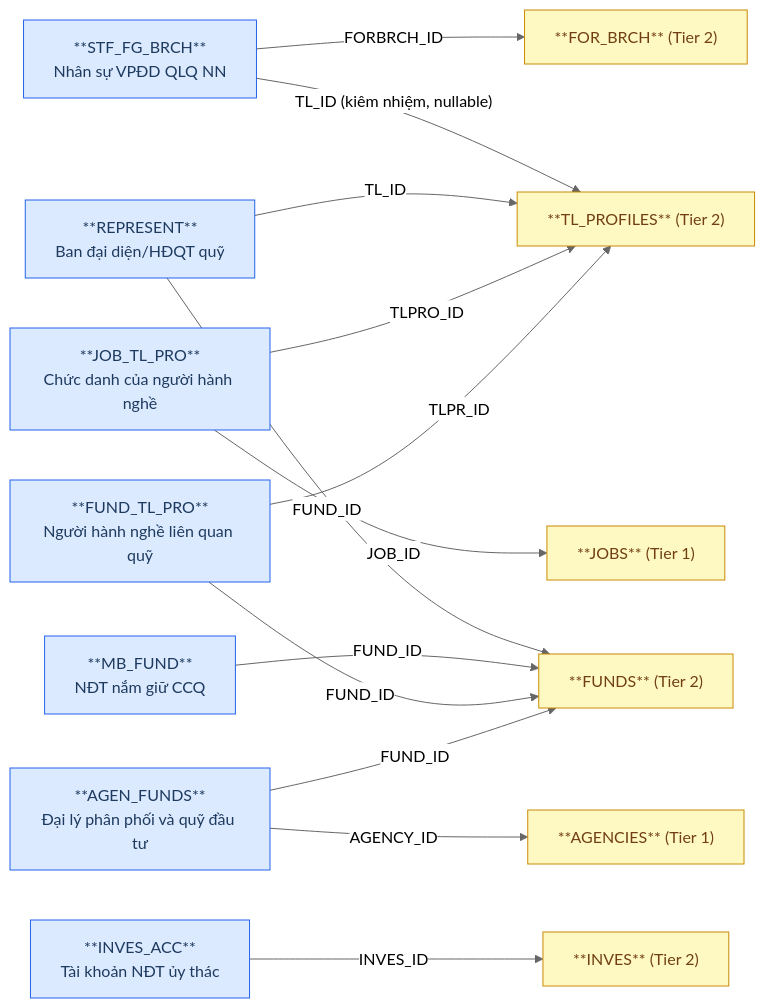
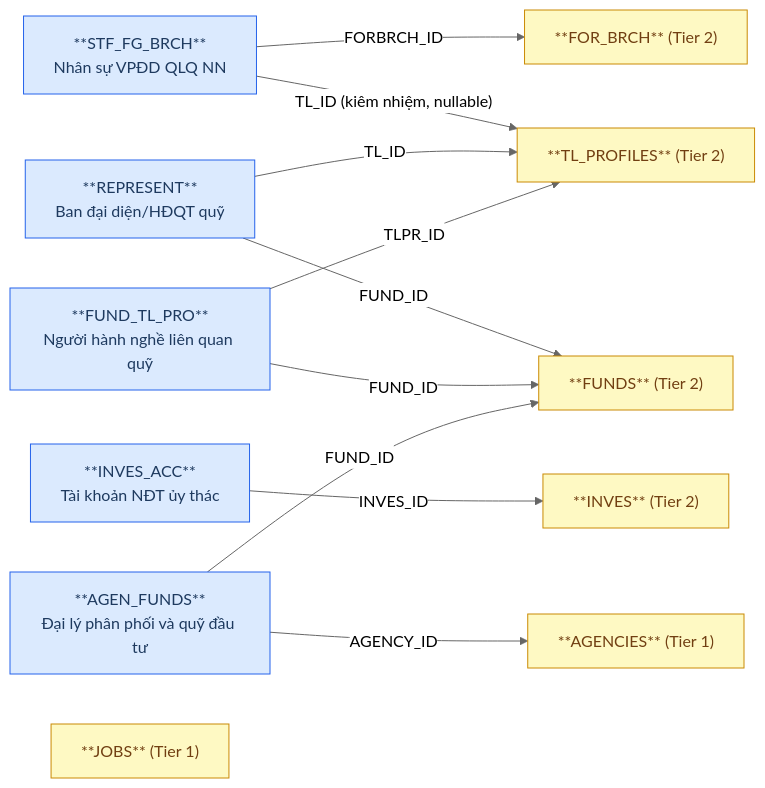
One commit to linhlvit/ubck_atomic_design changed the first of 2 diagrams in DataModel/working/Atomic/hld/FMS_HLD_Tier3.md. Above: the diagram before and after it, drawn with Mermaid (neutral theme). The commit also changed other lines of this file and 72 other files, not shown here.

````diff
--- a/DataModel/working/Atomic/hld/FMS_HLD_Tier3.md
+++ b/DataModel/working/Atomic/hld/FMS_HLD_Tier3.md
@@ -27,33 +25,28 @@
 ```mermaid
 graph LR
     classDef src fill:#dbeafe,stroke:#2563eb,color:#1e3a5f
     classDef outscope fill:#fef9c3,stroke:#ca8a04,color:#713f12
 
     STF_FG_BRCH["**STF_FG_BRCH**\nNhân sự VPĐD QLQ NN"]:::src
     REPRESENT["**REPRESENT**\nBan đại diện/HĐQT quỹ"]:::src
-    MB_FUND["**MB_FUND**\nNĐT nắm giữ CCQ"]:::src
     INVES_ACC["**INVES_ACC**\nTài khoản NĐT ủy thác"]:::src
-    JOB_TL_PRO["**JOB_TL_PRO**\nChức danh của người hành nghề"]:::src
     FUND_TL_PRO["**FUND_TL_PRO**\nNgười hành nghề liên quan quỹ"]:::src
     AGEN_FUNDS["**AGEN_FUNDS**\nĐại lý phân phối và quỹ đầu tư"]:::src
 
     FOR_BRCH["**FOR_BRCH** (Tier 2)"]:::outscope
     TL_PROFILES["**TL_PROFILES** (Tier 2)"]:::outscope
     FUNDS["**FUNDS** (Tier 2)"]:::outscope
     INVES["**INVES** (Tier 2)"]:::outscope
     JOBS["**JOBS** (Tier 1)"]:::outscope
     AGENCIES["**AGENCIES** (Tier 1)"]:::outscope
 
     STF_FG_BRCH -->|"FORBRCH_ID"| FOR_BRCH
     STF_FG_BRCH -->|"TL_ID (kiêm nhiệm, nullable)"| TL_PROFILES
     REPRESENT -->|"FUND_ID"| FUNDS
     REPRESENT -->|"TL_ID"| TL_PROFILES
-    MB_FUND -->|"FUND_ID"| FUNDS
     INVES_ACC -->|"INVES_ID"| INVES
-    JOB_TL_PRO -->|"JOB_ID"| JOBS
-    JOB_TL_PRO -->|"TLPRO_ID"| TL_PROFILES
     FUND_TL_PRO -->|"TLPR_ID"| TL_PROFILES
     FUND_TL_PRO -->|"FUND_ID"| FUNDS
     AGEN_FUNDS -->|"AGENCY_ID"| AGENCIES
     AGEN_FUNDS -->|"FUND_ID"| FUNDS
 ```
````
